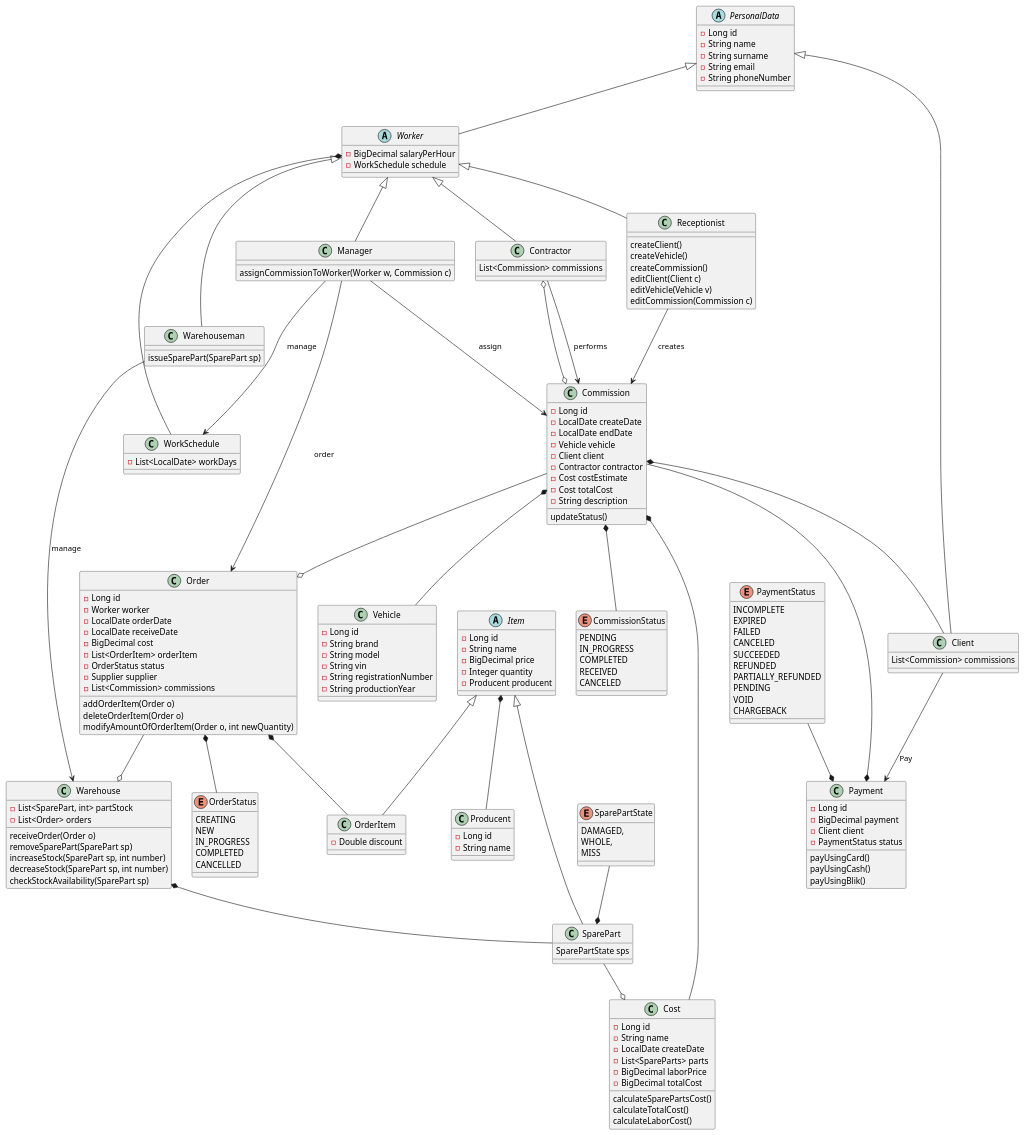
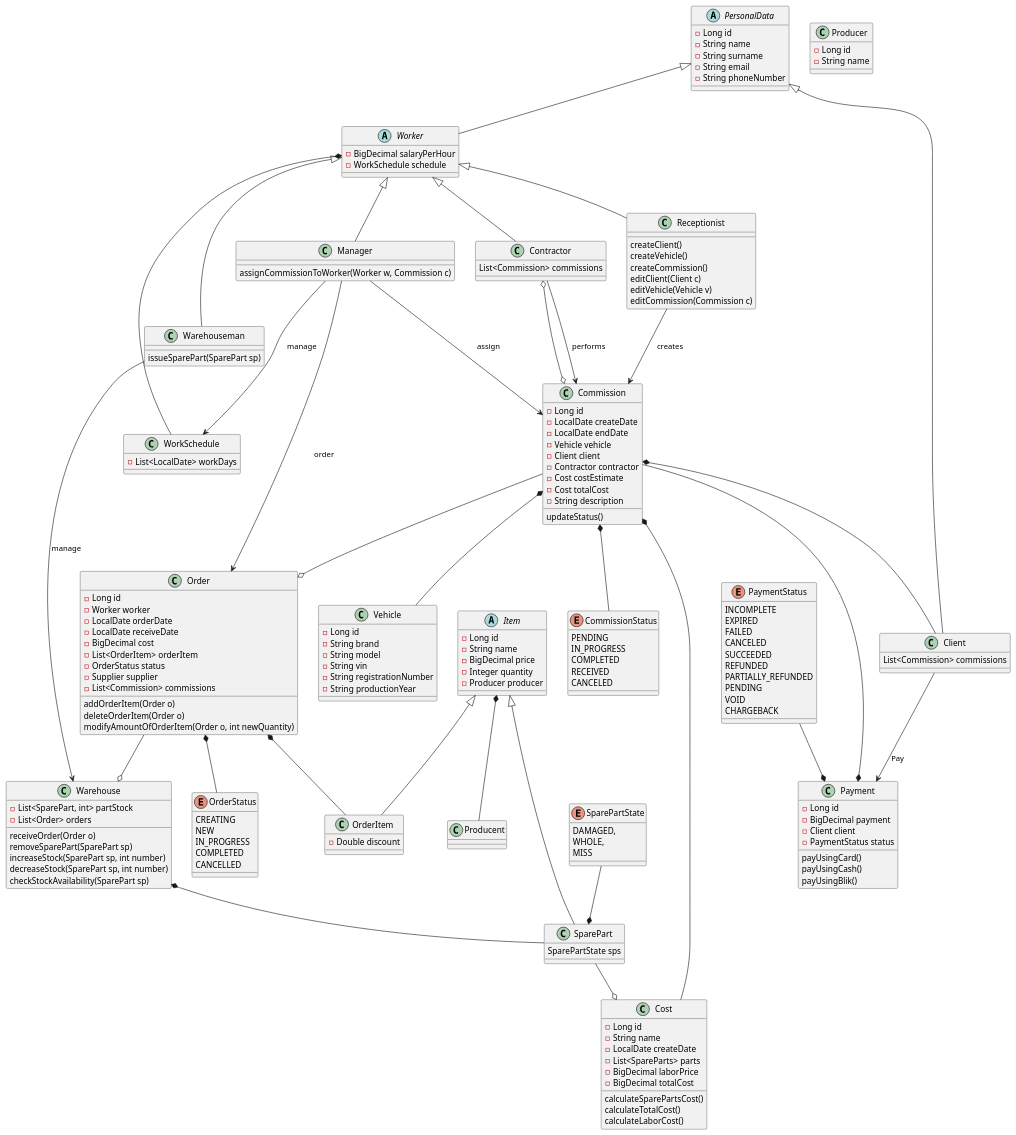
Before and after one commit to WojciechGos/Car-Service: the diagram in CarService/src/main/java/com/carservice/CarService/scifi.puml, drawn with PlantUML. The commit also changed 9 other files, not shown here.

```diff
--- a/CarService/src/main/java/com/carservice/CarService/scifi.puml
+++ b/CarService/src/main/java/com/carservice/CarService/scifi.puml
@@ -135,9 +135,9 @@
     - String name
     - BigDecimal price
     - Integer quantity
-    - Producent producent
+    - Producer producer
 }
-class Producent {
+class Producer {
     - Long id
     - String name
 }
```
